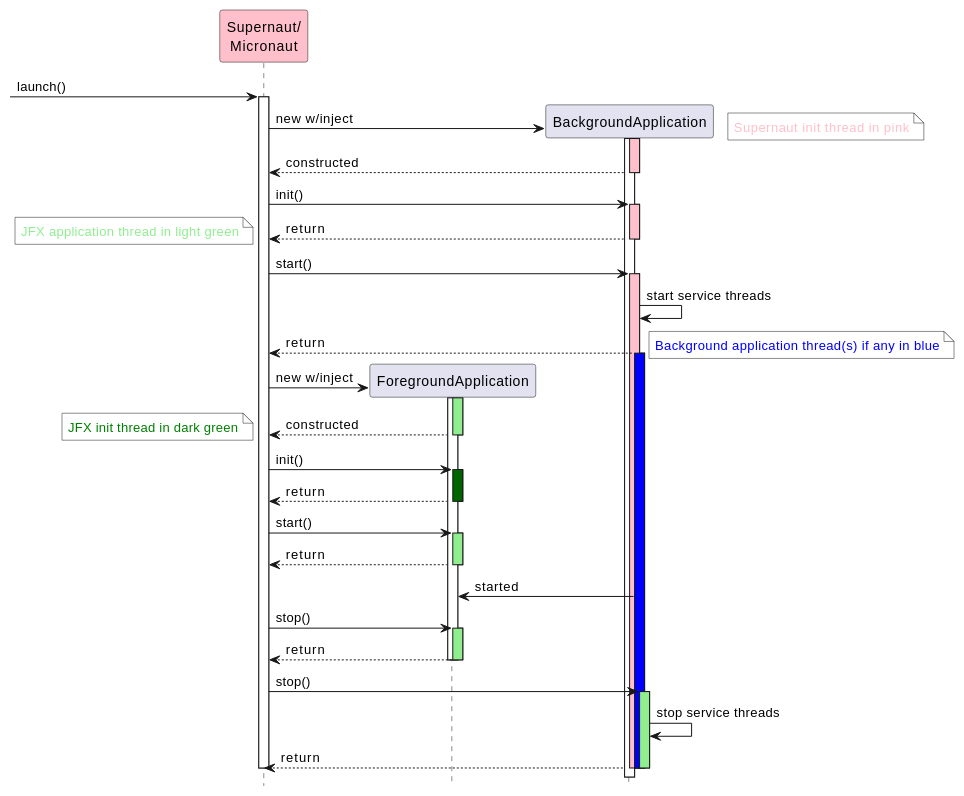
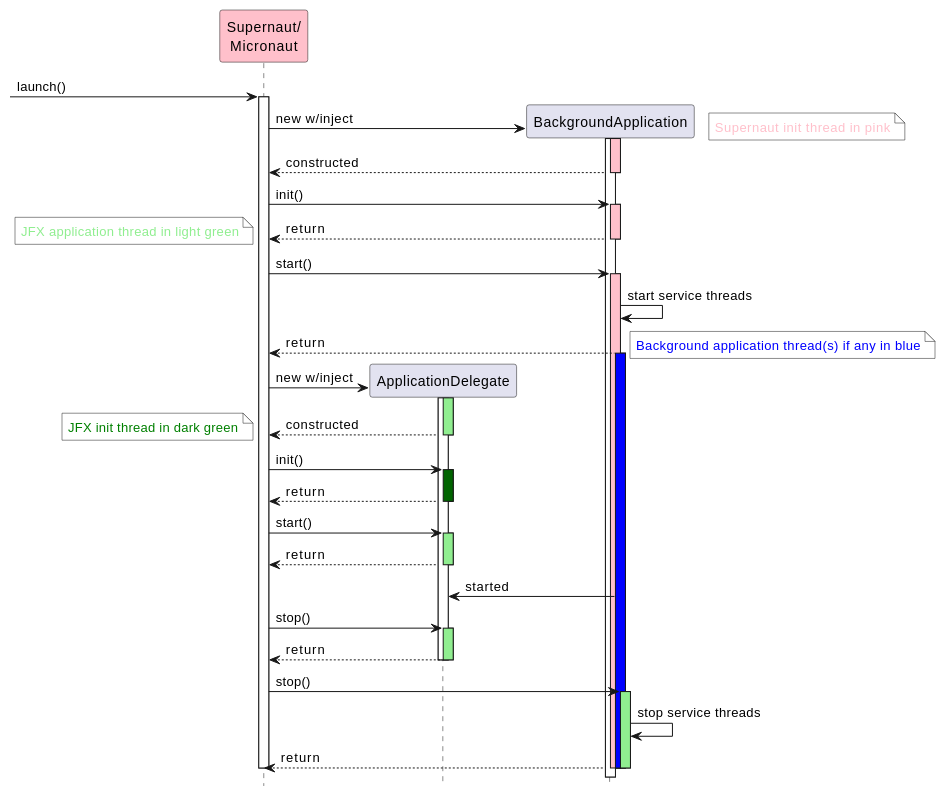
Before and after one commit to SupernautApp/SupernautFX: the second of 3 diagrams in doc/supernaut-user-guide.adoc, drawn with PlantUML. The commit also changed other lines of this file and 3 other files, not shown here.

```diff
--- a/doc/supernaut-user-guide.adoc
+++ b/doc/supernaut-user-guide.adoc
@@ -296,73 +296,73 @@
 [plantuml, format="svg", id="background-seq"]
 ....
 
 skinparam NoteBackgroundColor white
 hide footbox
 
 participant "Supernaut/\nMicronaut" as Supernaut #pink
-participant ForegroundApplication
+participant ApplicationDelegate
 participant BackgroundApplication
 
 [-> Supernaut : launch()
 activate  Supernaut
 
 Supernaut -> BackgroundApplication ** : new w/inject
 note right: <font color=pink>Supernaut init thread in pink
 activate BackgroundApplication
 activate BackgroundApplication #pink
 Supernaut <-- BackgroundApplication : constructed
 deactivate BackgroundApplication #pink
 
 Supernaut -> BackgroundApplication : init()
 activate BackgroundApplication #pink
 Supernaut <-- BackgroundApplication : return
 deactivate BackgroundApplication #pink
 
 note left: <font color=lightgreen>JFX application thread in light green
 
 Supernaut -> BackgroundApplication : start()
 activate BackgroundApplication #pink
 BackgroundApplication -> BackgroundApplication : start service threads
 Supernaut <-- BackgroundApplication : return
 
 note right: <font color=blue>Background application thread(s) if any in blue
 activate BackgroundApplication #blue
 
-Supernaut -> ForegroundApplication ** : new w/inject
-activate ForegroundApplication
-activate  ForegroundApplication #LightGreen
-Supernaut <-- ForegroundApplication : constructed
-deactivate  ForegroundApplication  #LightGreen
+Supernaut -> ApplicationDelegate ** : new w/inject
+activate ApplicationDelegate
+activate  ApplicationDelegate #LightGreen
+Supernaut <-- ApplicationDelegate : constructed
+deactivate  ApplicationDelegate  #LightGreen
 
 note left: <font color=green>JFX init thread in dark green
-Supernaut -> ForegroundApplication  : init()
-activate  ForegroundApplication #DarkGreen
-Supernaut <-- ForegroundApplication : return
-deactivate  ForegroundApplication  #DarkGreen
+Supernaut -> ApplicationDelegate  : init()
+activate  ApplicationDelegate #DarkGreen
+Supernaut <-- ApplicationDelegate : return
+deactivate  ApplicationDelegate  #DarkGreen
 
-Supernaut -> ForegroundApplication  : start()
-activate  ForegroundApplication #LightGreen
-Supernaut <-- ForegroundApplication : return
-deactivate  ForegroundApplication  #LightGreen
+Supernaut -> ApplicationDelegate  : start()
+activate  ApplicationDelegate #LightGreen
+Supernaut <-- ApplicationDelegate : return
+deactivate  ApplicationDelegate  #LightGreen
 
-ForegroundApplication <- BackgroundApplication : started
+ApplicationDelegate <- BackgroundApplication : started
 
-Supernaut -> ForegroundApplication  : stop()
-activate  ForegroundApplication #LightGreen
-Supernaut <-- ForegroundApplication : return
-deactivate ForegroundApplication  #LightGreen
-deactivate ForegroundApplication
+Supernaut -> ApplicationDelegate  : stop()
+activate  ApplicationDelegate #LightGreen
+Supernaut <-- ApplicationDelegate : return
+deactivate ApplicationDelegate  #LightGreen
+deactivate ApplicationDelegate
 
 Supernaut -> BackgroundApplication  : stop()
 activate  BackgroundApplication #LightGreen
 BackgroundApplication -> BackgroundApplication : stop service threads
 Supernaut <-- BackgroundApplication : return
 deactivate  BackgroundApplication  #blue
 deactivate  BackgroundApplication  #LightGreen
 deactivate  BackgroundApplication
 
 
-deactivate  ForegroundApplication
+deactivate  ApplicationDelegate
 deactivate  Supernaut
 
 ....
```
